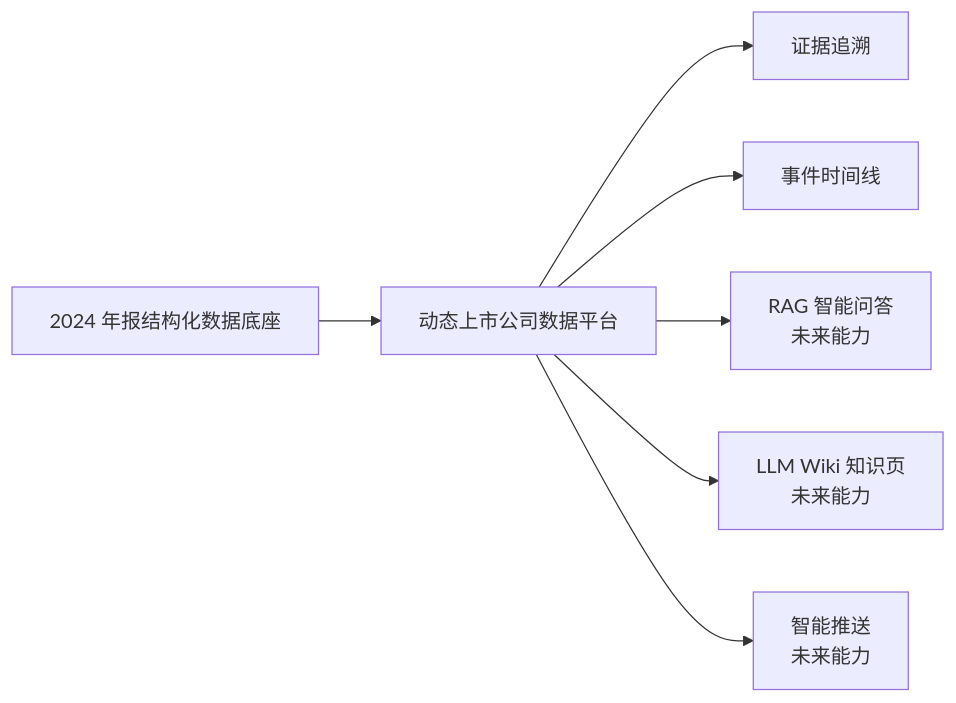
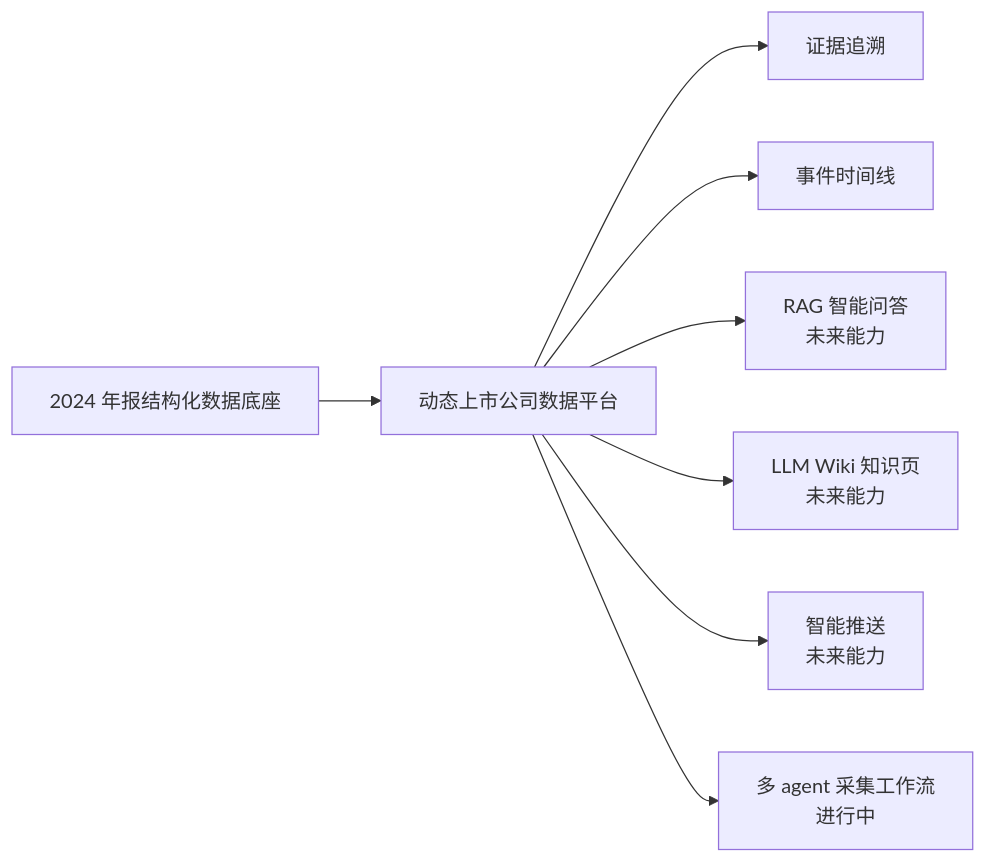
The diagram in README.md (reagan-nz/listed-company-data-platform), drawn with Mermaid before and after one commit. The commit also changed other lines of this file and 7 other files, not shown here.

Commit message:
docs: reconcile project documentation after autonomous architecture evolution

````diff
--- a/README.md
+++ b/README.md
@@ -11,9 +11,10 @@
 ```mermaid
 flowchart LR
     A[2024 年报结构化数据底座] --> B[动态上市公司数据平台]
     B --> C[证据追溯]
     B --> D[事件时间线]
     B --> E[RAG 智能问答<br/>未来能力]
     B --> F[LLM Wiki 知识页<br/>未来能力]
     B --> G[智能推送<br/>未来能力]
+    B --> H[多 agent 采集工作流<br/>进行中]
 ```
````
